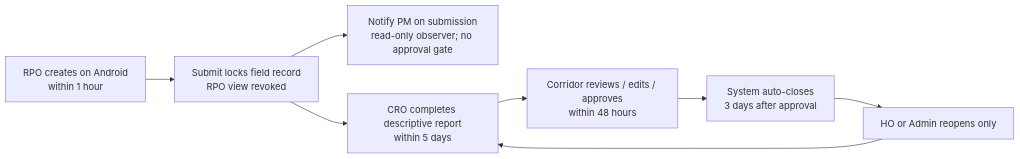
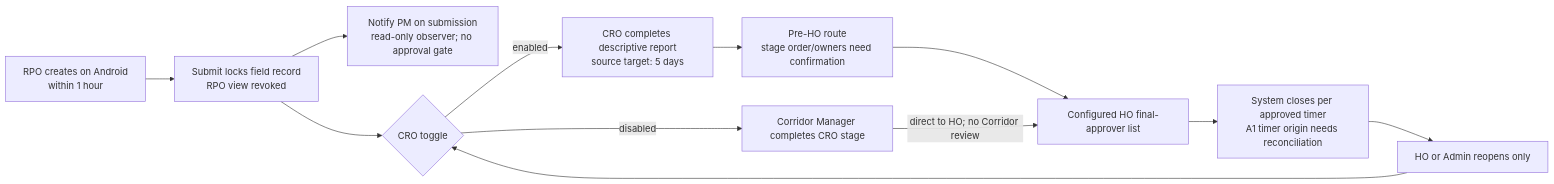
The first of 2 diagrams in docs/workflows.md (LaxmiKhilnani-nhit/Incident-Managment), drawn with Mermaid before and after one commit. The commit also changed other lines of this file and 6 other files, not shown here.

Commit message:
docs: document CRO toggle and HO approval routing

````diff
--- a/docs/workflows.md
+++ b/docs/workflows.md
@@ -7,10 +15,14 @@
 ```mermaid
 flowchart LR
   A["RPO creates on Android<br/>within 1 hour"] --> B["Submit locks field record<br/>RPO view revoked"]
   B --> P["Notify PM on submission<br/>read-only observer; no approval gate"]
-  B --> C["CRO completes descriptive report<br/>within 5 days"]
-  C --> D["Corridor reviews / edits / approves<br/>within 48 hours"]
-  D --> F["System auto-closes<br/>3 days after approval"]
+  B --> T{"CRO toggle"}
+  T -- enabled --> C["CRO completes descriptive report<br/>source target: 5 days"]
+  T -- disabled --> M["Corridor Manager completes CRO stage"]
+  C --> R["Pre-HO route<br/>stage order/owners need confirmation"]
+  R --> H["Configured HO final-approver list"]
+  M -->|direct to HO; no Corridor review| H
+  H --> F["System closes per approved timer<br/>A1 timer origin needs reconciliation"]
   F --> G["HO or Admin reopens only"]
-  G --> C
+  G --> T
 ```
````
